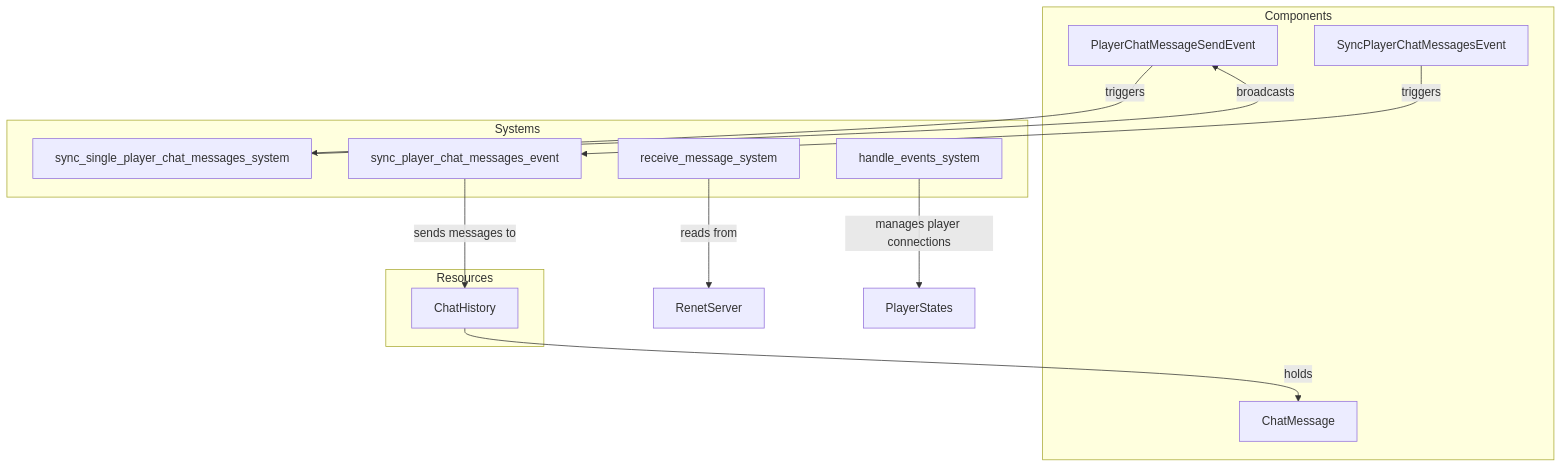
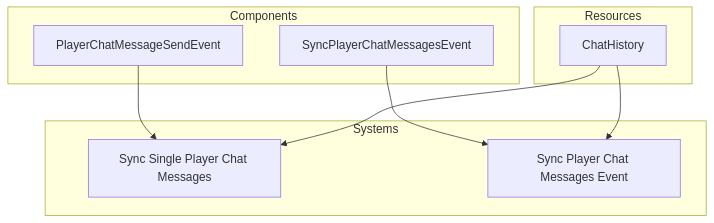
Before and after one commit to CuddlyBunion341/rsmc: the diagram in docs/server/chat.md, drawn with Mermaid. The commit also changed other lines of this file and 12 other files, not shown here.

````diff
--- a/docs/server/chat.md
+++ b/docs/server/chat.md
@@ -10,27 +9,21 @@
 ```mermaid
 graph TD
     subgraph Components
-        ChatMessage[ChatMessage]
         PlayerChatMessageSendEvent[PlayerChatMessageSendEvent]
         SyncPlayerChatMessagesEvent[SyncPlayerChatMessagesEvent]
     end
-
+    
     subgraph Resources
         ChatHistory[ChatHistory]
     end
 
     subgraph Systems
-        sync_single_player_chat_messages_system[sync_single_player_chat_messages_system]
-        sync_player_chat_messages_event[sync_player_chat_messages_event]
-        receive_message_system[receive_message_system]
-        handle_events_system[handle_events_system]
+        sync_single_player_chat_messages_system[Sync Single Player Chat Messages]
+        sync_player_chat_messages_event[Sync Player Chat Messages Event]
     end
 
-    ChatHistory -->|holds| ChatMessage
-    PlayerChatMessageSendEvent -->|triggers| sync_single_player_chat_messages_system
-    SyncPlayerChatMessagesEvent -->|triggers| sync_player_chat_messages_event
-    sync_single_player_chat_messages_system -->|broadcasts| PlayerChatMessageSendEvent
-    sync_player_chat_messages_event -->|sends messages to| ChatHistory
-    receive_message_system -->|reads from| RenetServer
-    handle_events_system -->|manages player connections| PlayerStates
+    PlayerChatMessageSendEvent --> sync_single_player_chat_messages_system
+    SyncPlayerChatMessagesEvent --> sync_player_chat_messages_event
+    ChatHistory --> sync_single_player_chat_messages_system
+    ChatHistory --> sync_player_chat_messages_event
 ```
````
